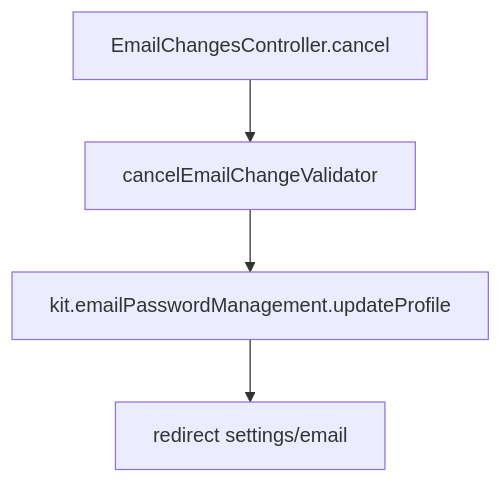
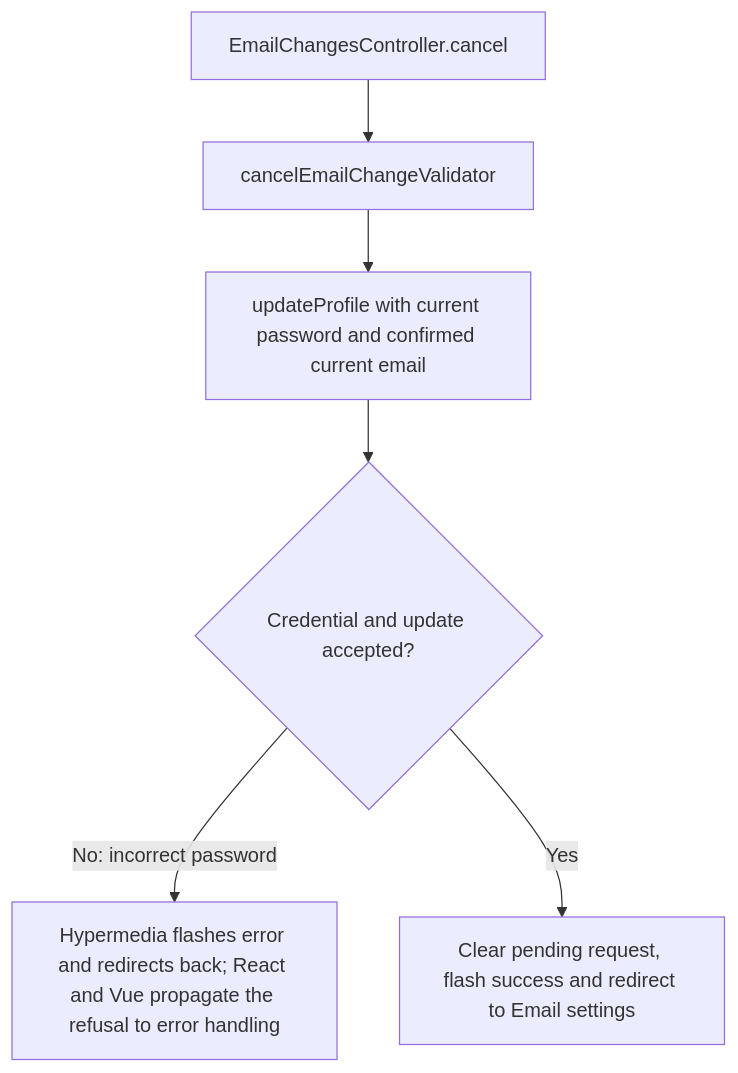
Before and after one commit to Kevinjohn/oss-adonisjs-starter-examples: the second of 2 diagrams in user-stories/accounts/us-account-06-cancel-email-change.md, drawn with Mermaid. The commit also changed other lines of this file and 8 other files, not shown here.

````diff
--- a/user-stories/accounts/us-account-06-cancel-email-change.md
+++ b/user-stories/accounts/us-account-06-cancel-email-change.md
@@ -34,10 +35,9 @@
 ```mermaid
 flowchart TD
     A["EmailChangesController.cancel"]
-    B["cancelEmailChangeValidator"]
-    A --> B
-    C["kit.emailPasswordManagement.updateProfile"]
-    B --> C
-    D["redirect settings/email"]
-    C --> D
+    A --> B["cancelEmailChangeValidator"]
+    B --> C["updateProfile with current password and confirmed current email"]
+    C --> D{"Credential and update accepted?"}
+    D -->|No: incorrect password| E["Hypermedia flashes error and redirects back; React and Vue propagate the refusal to error handling"]
+    D -->|Yes| F["Clear pending request, flash success and redirect to Email settings"]
 ```
````
